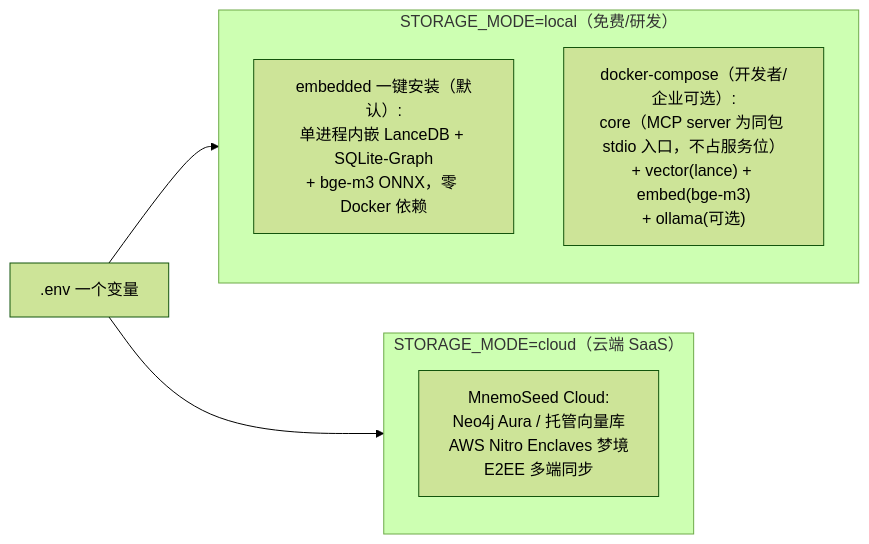
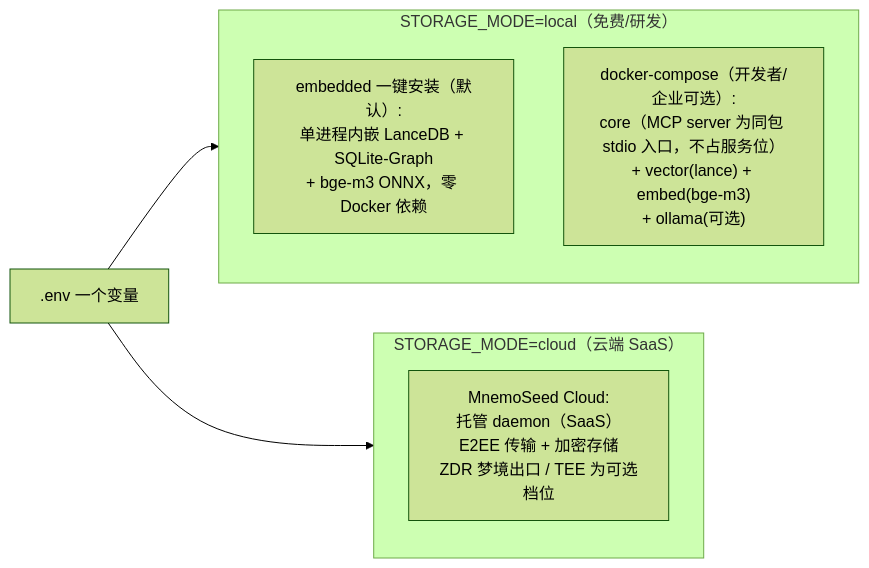
Before and after one commit to MnemoSeed/mnemoseed: the second of 2 diagrams in docs/zh/design/00-总览与设计哲学.md, drawn with Mermaid (forest theme). The commit also changed other lines of this file and 12 other files, not shown here.

````diff
--- a/docs/zh/design/00-总览与设计哲学.md
+++ b/docs/zh/design/00-总览与设计哲学.md
@@ -115,12 +115,12 @@
 ```mermaid
 flowchart LR
     subgraph Local["STORAGE_MODE=local（免费/研发）"]
         L0["embedded 一键安装（默认）:<br/>单进程内嵌 LanceDB + SQLite-Graph<br/>+ bge-m3 ONNX，零 Docker 依赖"]
         L1["docker-compose（开发者/企业可选）:<br/>core（MCP server 为同包 stdio 入口，不占服务位）<br/>+ vector(lance) + embed(bge-m3)<br/>+ ollama(可选)"]
     end
     subgraph Cloud["STORAGE_MODE=cloud（云端 SaaS）"]
-        C1["MnemoSeed Cloud:<br/>Neo4j Aura / 托管向量库<br/>AWS Nitro Enclaves 梦境<br/>E2EE 多端同步"]
+        C1["MnemoSeed Cloud:<br/>托管 daemon（SaaS）<br/>E2EE 传输 + 加密存储<br/>ZDR 梦境出口 / TEE 为可选档位"]
     end
     Env[".env 一个变量"] --> Local
     Env --> Cloud
 ```
````
